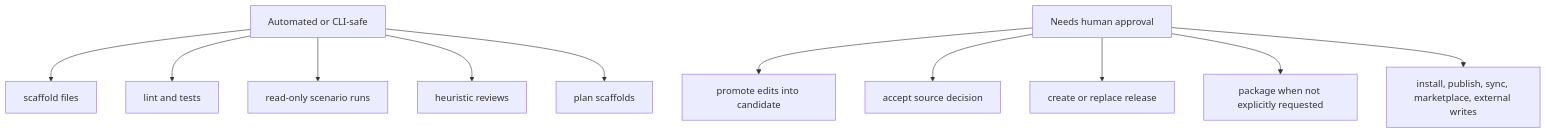
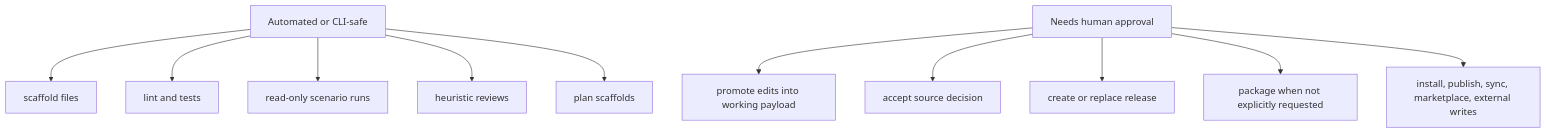
The sixth of 6 diagrams in plugins/meta-skill/architecture.md (rishirsv/dots), drawn with Mermaid before and after one commit. The commit also changed other lines of this file and 29 other files, not shown here.

````diff
--- a/plugins/meta-skill/architecture.md
+++ b/plugins/meta-skill/architecture.md
@@ -245,14 +242,14 @@
 ```mermaid
 flowchart TB
   auto["Automated or CLI-safe"] --> scaffold["scaffold files"]
   auto --> lint["lint and tests"]
   auto --> evals["read-only scenario runs"]
   auto --> reviews["heuristic reviews"]
   auto --> plans["plan scaffolds"]
 
-  gate["Needs human approval"] --> promote["promote edits into candidate"]
+  gate["Needs human approval"] --> promote["promote edits into working payload"]
   gate --> decide["accept source decision"]
   gate --> release["create or replace release"]
   gate --> package["package when not explicitly requested"]
   gate --> publish["install, publish, sync, marketplace, external writes"]
 ```
````
